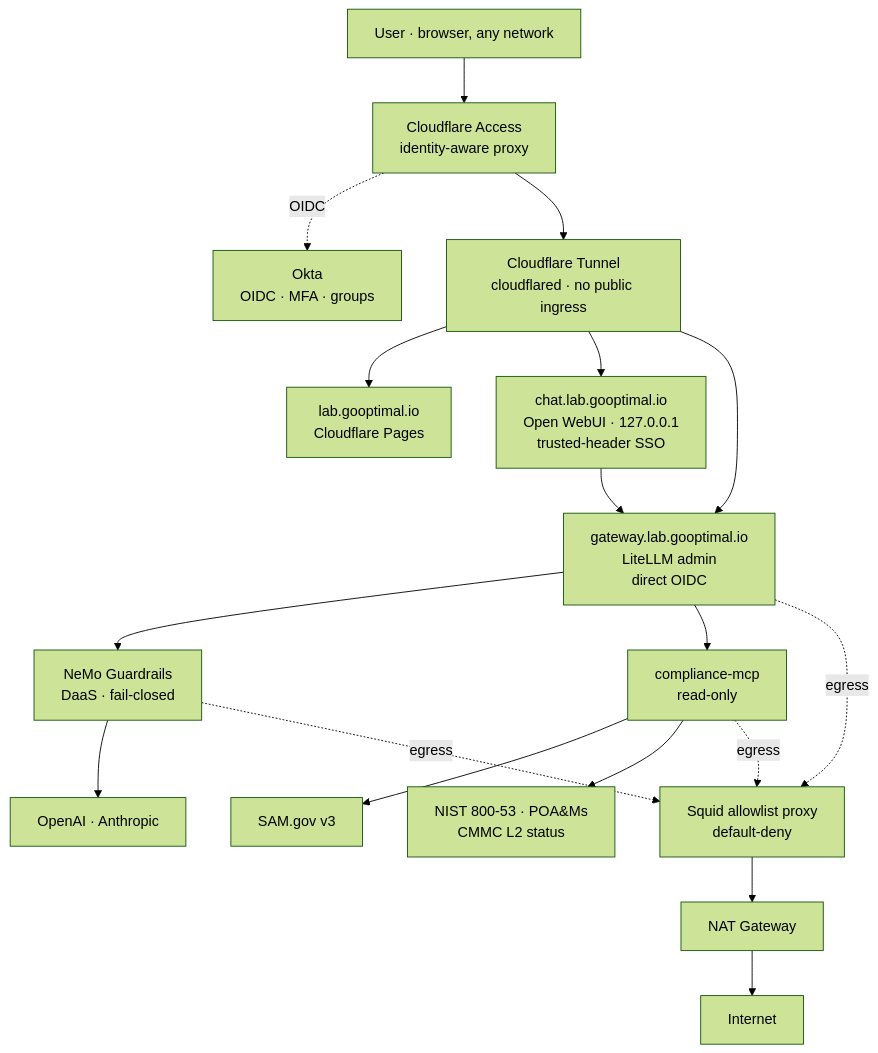
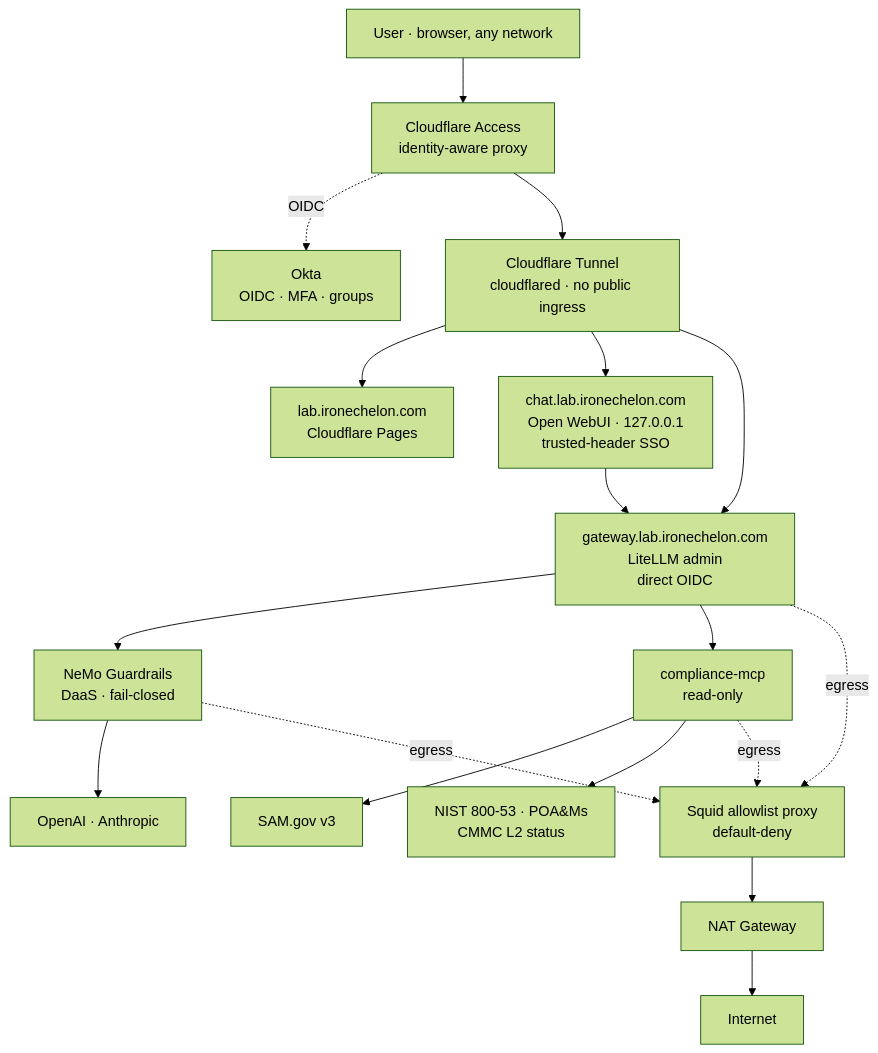
Before and after one commit to optimal-cyber/AI-Lab: the diagram in README.md, drawn with Mermaid (forest theme). The commit also changed other lines of this file and 12 other files, not shown here.

````diff
--- a/README.md
+++ b/README.md
@@ -50,37 +50,37 @@
 ```mermaid
 graph TD
     U[User · browser, any network]
     CA[Cloudflare Access<br/>identity-aware proxy]
     OK[Okta<br/>OIDC · MFA · groups]
     CT[Cloudflare Tunnel<br/>cloudflared · no public ingress]
 
-    LAB["lab.gooptimal.io<br/>Cloudflare Pages"]
-    CHAT["chat.lab.gooptimal.io<br/>Open WebUI · 127.0.0.1<br/>trusted-header SSO"]
-    GW["gateway.lab.gooptimal.io<br/>LiteLLM admin<br/>direct OIDC"]
+    LAB["lab.ironechelon.com<br/>Cloudflare Pages"]
+    CHAT["chat.lab.ironechelon.com<br/>Open WebUI · 127.0.0.1<br/>trusted-header SSO"]
+    GW["gateway.lab.ironechelon.com<br/>LiteLLM admin<br/>direct OIDC"]
 
     NEMO[NeMo Guardrails<br/>DaaS · fail-closed]
     MCP[compliance-mcp<br/>read-only]
     PROVS["OpenAI · Anthropic"]
     SAM[SAM.gov v3]
     LOCAL[NIST 800-53 · POA&Ms<br/>CMMC L2 status]
 
     SQUID[Squid allowlist proxy<br/>default-deny]
     NAT[NAT Gateway]
     IGW[Internet]
 
     U --> CA
     CA -.OIDC.-> OK
     CA --> CT
     CT --> LAB
     CT --> CHAT
     CT --> GW
     CHAT --> GW
     GW --> NEMO --> PROVS
     GW --> MCP
     MCP --> SAM
     MCP --> LOCAL
     GW -. egress .-> SQUID
     MCP -. egress .-> SQUID
     NEMO -. egress .-> SQUID
     SQUID --> NAT --> IGW
 ```
````
